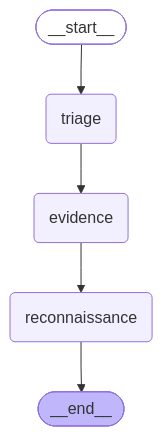
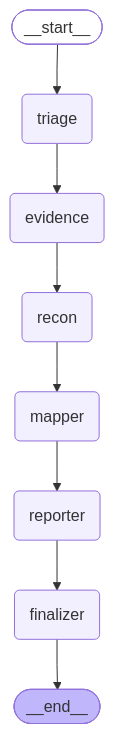
One commit to mahmoudaher/ai-soc-investigator changed the diagram in docs/workflow.md. Above: the diagram before and after it, drawn with Mermaid. The commit also changed 4 other files, not shown here.

Commit message:
docs: refresh project overview and architecture

````diff
--- a/docs/workflow.md
+++ b/docs/workflow.md
@@ -5,21 +5,27 @@
 ```mermaid
 ---
 config:
   flowchart:
     curve: linear
 ---
 graph TD;
 	__start__([<p>__start__</p>]):::first
 	triage(triage)
-	reconnaissance(reconnaissance)
 	evidence(evidence)
+	recon(recon)
+	mapper(mapper)
+	reporter(reporter)
+	finalizer(finalizer)
 	__end__([<p>__end__</p>]):::last
 	__start__ --> triage;
-	evidence --> reconnaissance;
+	evidence --> recon;
+	mapper --> reporter;
+	recon --> mapper;
+	reporter --> finalizer;
 	triage --> evidence;
-	reconnaissance --> __end__;
+	finalizer --> __end__;
 	classDef default fill:#f2f0ff,line-height:1.2
 	classDef first fill-opacity:0
 	classDef last fill:#bfb6fc
 
 ```
````
